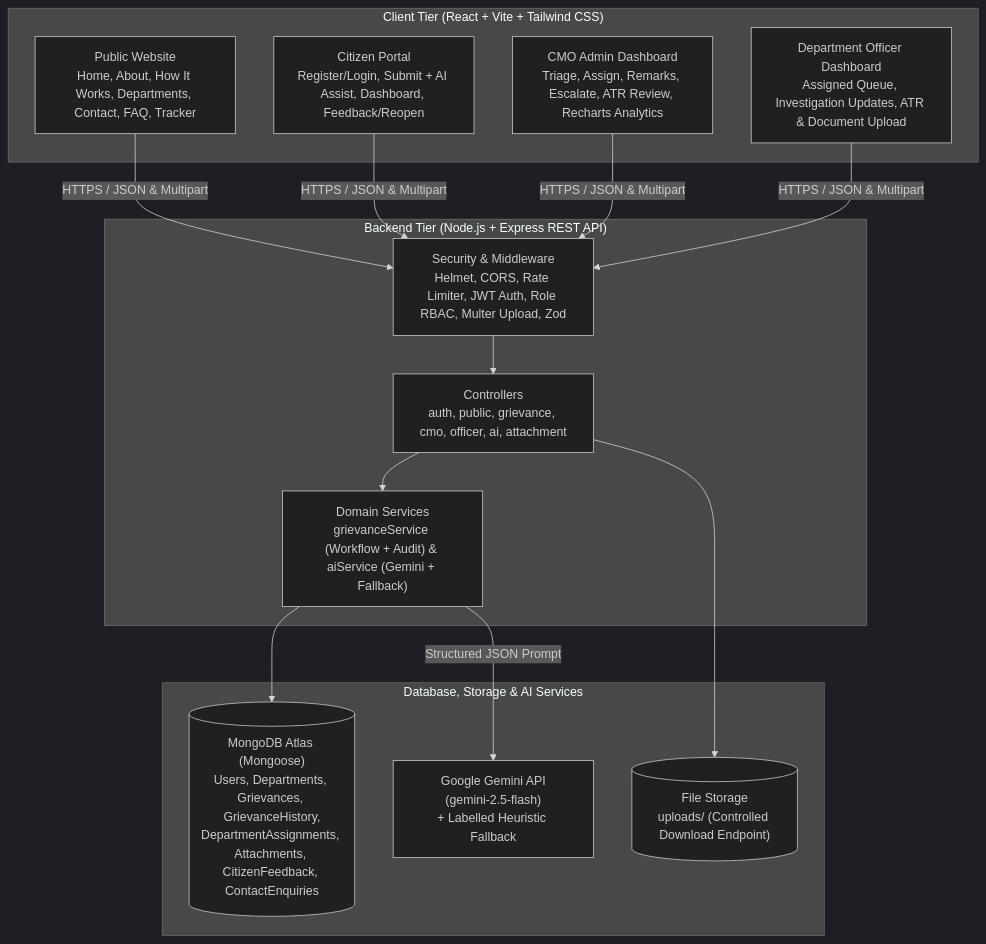
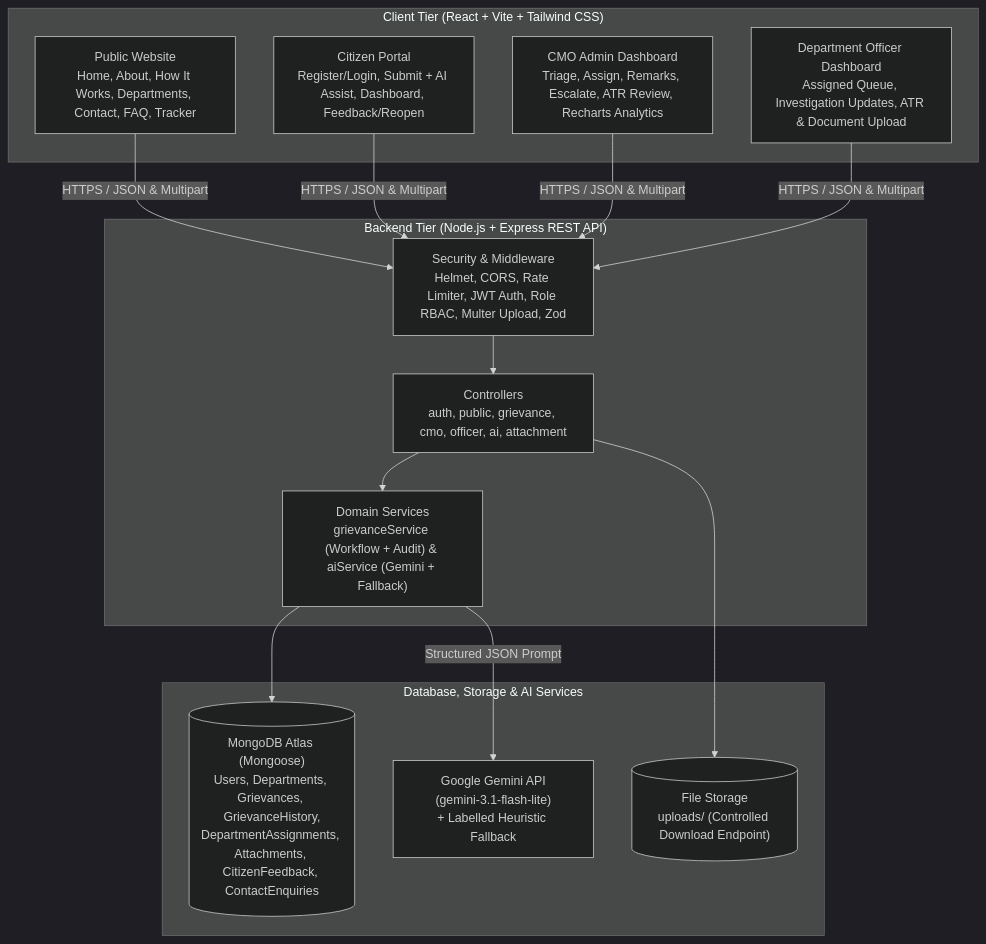
One commit to akshaya-sanoj/cm-kerala-grievance-portal changed the diagram in DOCUMENTATION/diagrams/system-architecture.mmd. Above: the diagram before and after it, drawn with Mermaid (dark theme). The commit also changed 12 other files, not shown here.

Commit message:
Configure gemini-3.1-flash-lite with multi-model failover and update docs

```diff
--- a/DOCUMENTATION/diagrams/system-architecture.mmd
+++ b/DOCUMENTATION/diagrams/system-architecture.mmd
@@ -1,25 +1,25 @@
 flowchart TB
   subgraph Client["Client Tier (React + Vite + Tailwind CSS)"]
     PUB["Public Website<br/>Home, About, How It Works, Departments, Contact, FAQ, Tracker"]
     CIT["Citizen Portal<br/>Register/Login, Submit + AI Assist, Dashboard, Feedback/Reopen"]
     CMO["CMO Admin Dashboard<br/>Triage, Assign, Remarks, Escalate, ATR Review, Recharts Analytics"]
     OFF["Department Officer Dashboard<br/>Assigned Queue, Investigation Updates, ATR & Document Upload"]
   end
 
   subgraph API["Backend Tier (Node.js + Express REST API)"]
     SEC["Security & Middleware<br/>Helmet, CORS, Rate Limiter, JWT Auth, Role RBAC, Multer Upload, Zod"]
     CTRL["Controllers<br/>auth, public, grievance, cmo, officer, ai, attachment"]
     SVC["Domain Services<br/>grievanceService (Workflow + Audit) & aiService (Gemini + Fallback)"]
   end
 
   subgraph External["Database, Storage & AI Services"]
     DB[("MongoDB Atlas (Mongoose)<br/>Users, Departments, Grievances, GrievanceHistory,<br/>DepartmentAssignments, Attachments, CitizenFeedback, ContactEnquiries")]
     FS[("File Storage<br/>uploads/ (Controlled Download Endpoint)")]
-    AI["Google Gemini API<br/>(gemini-2.5-flash)<br/>+ Labelled Heuristic Fallback"]
+    AI["Google Gemini API<br/>(gemini-3.1-flash-lite)<br/>+ Labelled Heuristic Fallback"]
   end
 
   PUB & CIT & CMO & OFF -->|HTTPS / JSON & Multipart| SEC
   SEC --> CTRL --> SVC
   SVC --> DB
   CTRL --> FS
   SVC -->|Structured JSON Prompt| AI
```
